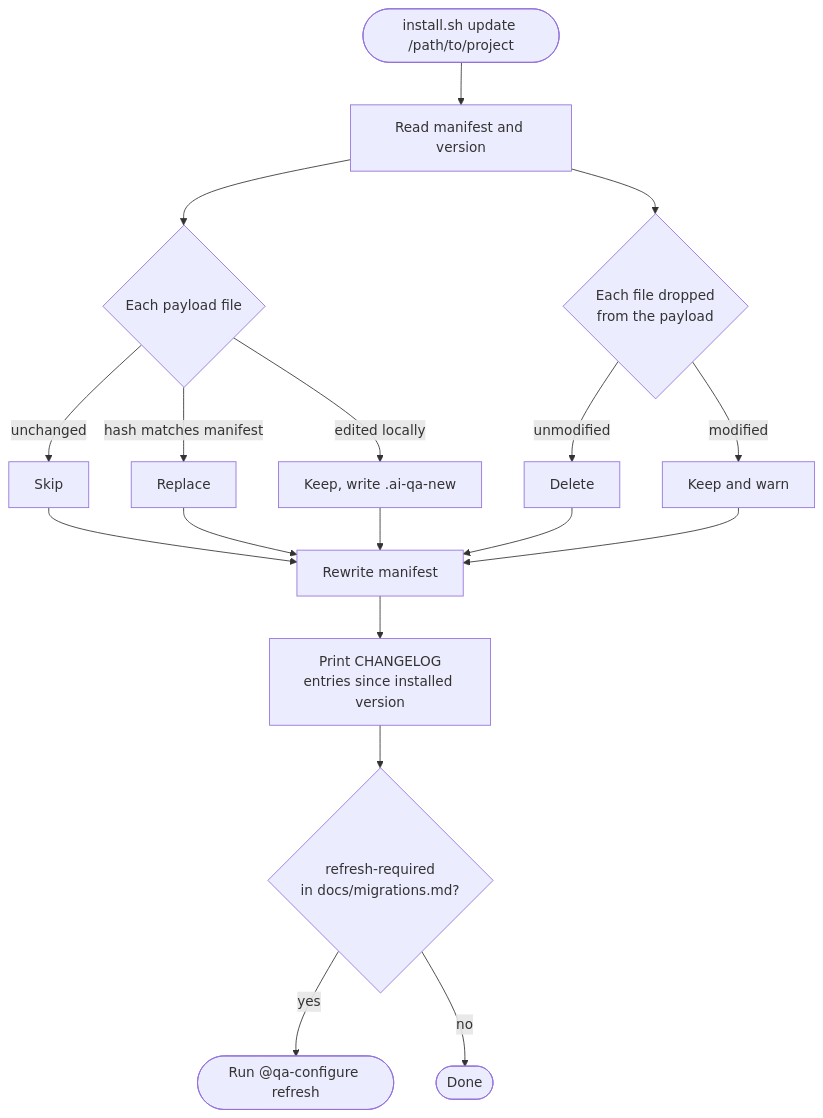
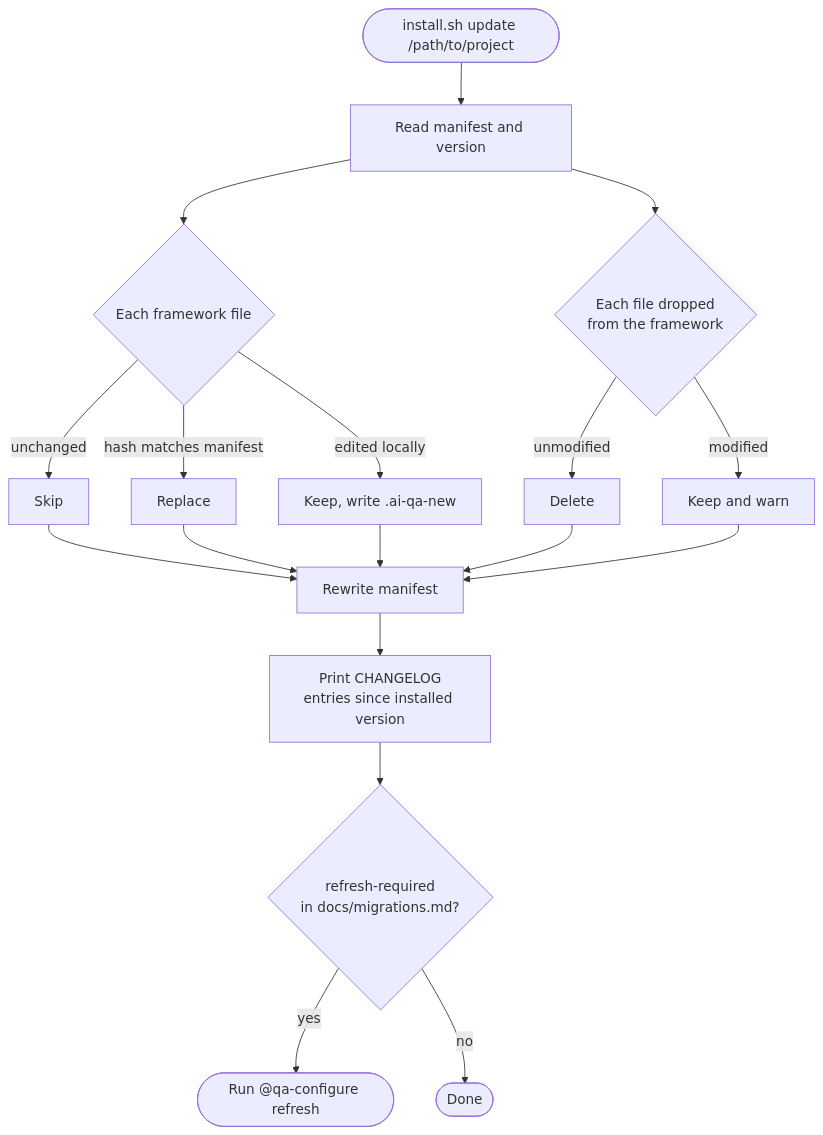
The second of 4 diagrams in docs/flows/01-install.md (bmad-kainos/ai-qa), drawn with Mermaid before and after one commit. The commit also changed 111 other files, not shown here.

Commit message:
refactor: move framework from payload/.github to root .github

````diff
--- a/docs/flows/01-install.md
+++ b/docs/flows/01-install.md
@@ -28,21 +28,21 @@
 ```mermaid
 flowchart TD
   A(["install.sh update /path/to/project"])
   A --> B["Read manifest and version"]
-  B --> C{"Each payload file"}
+  B --> C{"Each framework file"}
   C -->|unchanged| C1["Skip"]
   C -->|"hash matches manifest"| C2["Replace"]
   C -->|"edited locally"| C3["Keep, write .ai-qa-new"]
-  B --> D{"Each file dropped<br/>from the payload"}
+  B --> D{"Each file dropped<br/>from the framework"}
   D -->|unmodified| D1["Delete"]
   D -->|modified| D2["Keep and warn"]
   C1 --> E["Rewrite manifest"]
   C2 --> E
   C3 --> E
   D1 --> E
   D2 --> E
   E --> F["Print CHANGELOG<br/>entries since installed version"]
   F --> G{"refresh-required<br/>in docs/migrations.md?"}
   G -->|yes| H(["Run @qa-configure refresh"])
   G -->|no| I(["Done"])
 ```
````
